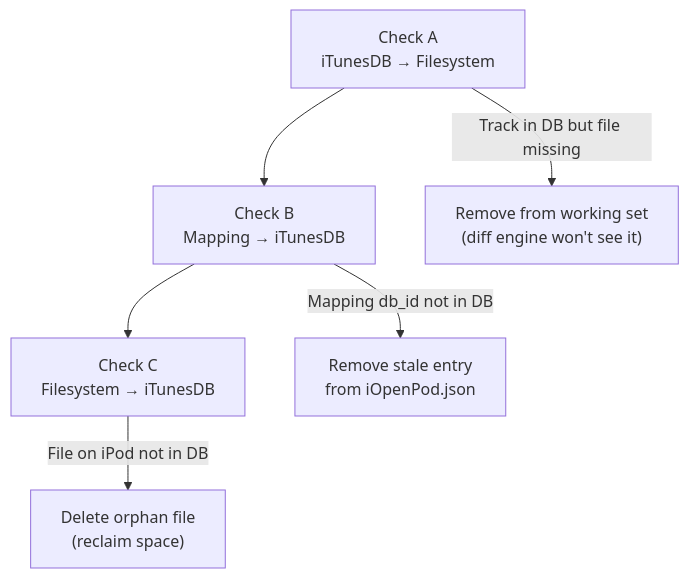
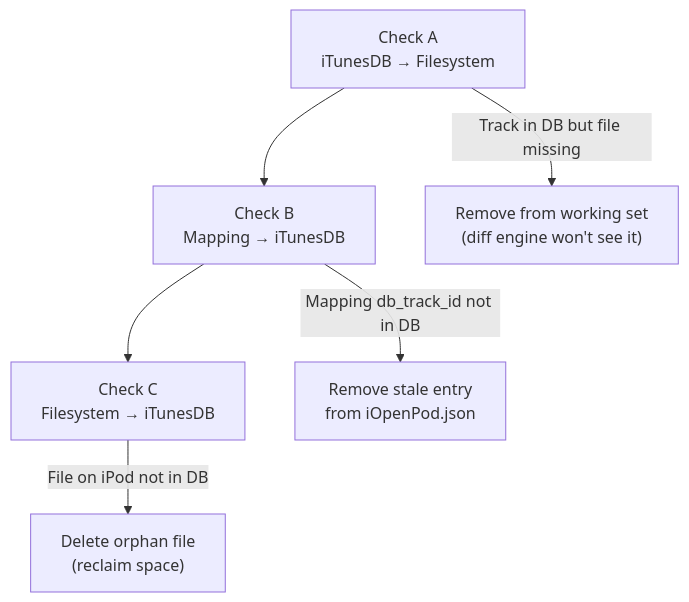
Before and after one commit to B0N3head/iOpenPod-Performance: the third of 9 diagrams in docs/SYNC.md, drawn with Mermaid. The commit also changed other lines of this file and 9 other files, not shown here.

````diff
--- a/docs/SYNC.md
+++ b/docs/SYNC.md
@@ -101,9 +101,9 @@
 ```mermaid
 flowchart TD
     A["Check A\niTunesDB → Filesystem"] --> B["Check B\nMapping → iTunesDB"]
     B --> C["Check C\nFilesystem → iTunesDB"]
 
     A -- "Track in DB but file missing" --> A_FIX["Remove from working set\n(diff engine won't see it)"]
-    B -- "Mapping db_id not in DB" --> B_FIX["Remove stale entry\nfrom iOpenPod.json"]
+    B -- "Mapping db_track_id not in DB" --> B_FIX["Remove stale entry\nfrom iOpenPod.json"]
     C -- "File on iPod not in DB" --> C_FIX["Delete orphan file\n(reclaim space)"]
 ```
````
